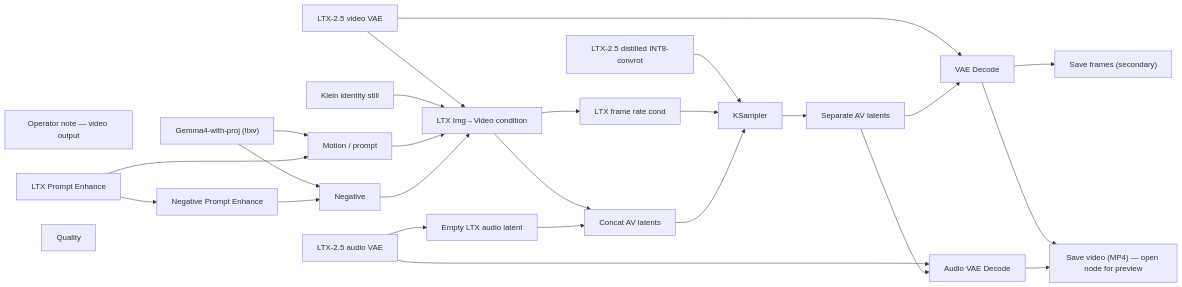
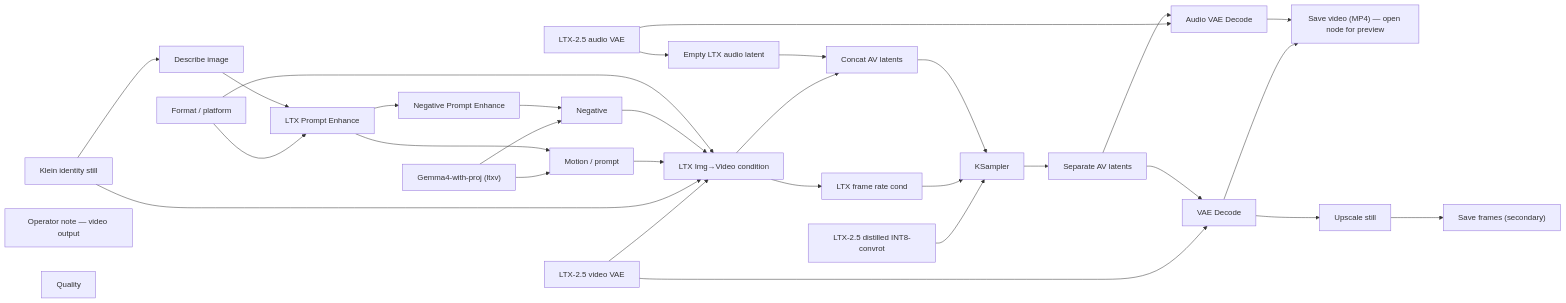
The diagram in docs/generated/workflows/stills/talking-head.md (toxicoder/ez-comfy-stack), drawn with Mermaid before and after one commit. The commit also changed other lines of this file and 405 other files, not shown here.

First line of the commit message:
feat: add still upscale, describe-in-enhance, and background-swap App

````diff
--- a/docs/generated/workflows/stills/talking-head.md
+++ b/docs/generated/workflows/stills/talking-head.md
@@ -50,48 +52,56 @@
 ```mermaid
 flowchart LR
   N1["LTX-2.5 distilled INT8-convrot"]
   N2["LTX-2.5 video VAE"]
   N3["Gemma4-with-proj (ltxv)"]
   N4["Klein identity still"]
   N5["Motion / prompt"]
   N6["Negative"]
   N7["LTX Img→Video condition"]
   N8["LTX frame rate cond"]
   N9["KSampler"]
   N10["VAE Decode"]
   N12["Save frames (secondary)"]
   N13["LTX-2.5 audio VAE"]
   N14["Empty LTX audio latent"]
   N15["Concat AV latents"]
   N16["Separate AV latents"]
   N17["Operator note — video output"]
   N18["Save video (MP4) — open node for preview"]
   N19["LTX Prompt Enhance"]
   N20["Audio VAE Decode"]
   N21["Negative Prompt Enhance"]
   N22["Quality"]
+  N23["Format / platform"]
+  N24["Upscale still"]
+  N25["Describe image"]
   N1 --> N9
   N2 --> N7
   N2 --> N10
   N3 --> N5
   N3 --> N6
   N4 --> N7
+  N4 --> N25
   N5 --> N7
   N6 --> N7
   N7 --> N8
   N7 --> N15
   N8 --> N9
   N9 --> N16
-  N10 --> N12
   N10 --> N18
+  N10 --> N24
   N13 --> N14
   N13 --> N20
   N14 --> N15
   N15 --> N9
   N16 --> N10
   N16 --> N20
   N19 --> N5
   N19 --> N21
   N20 --> N18
   N21 --> N6
+  N23 --> N7
+  N23 --> N19
+  N24 --> N12
+  N25 --> N19
 ```
````
